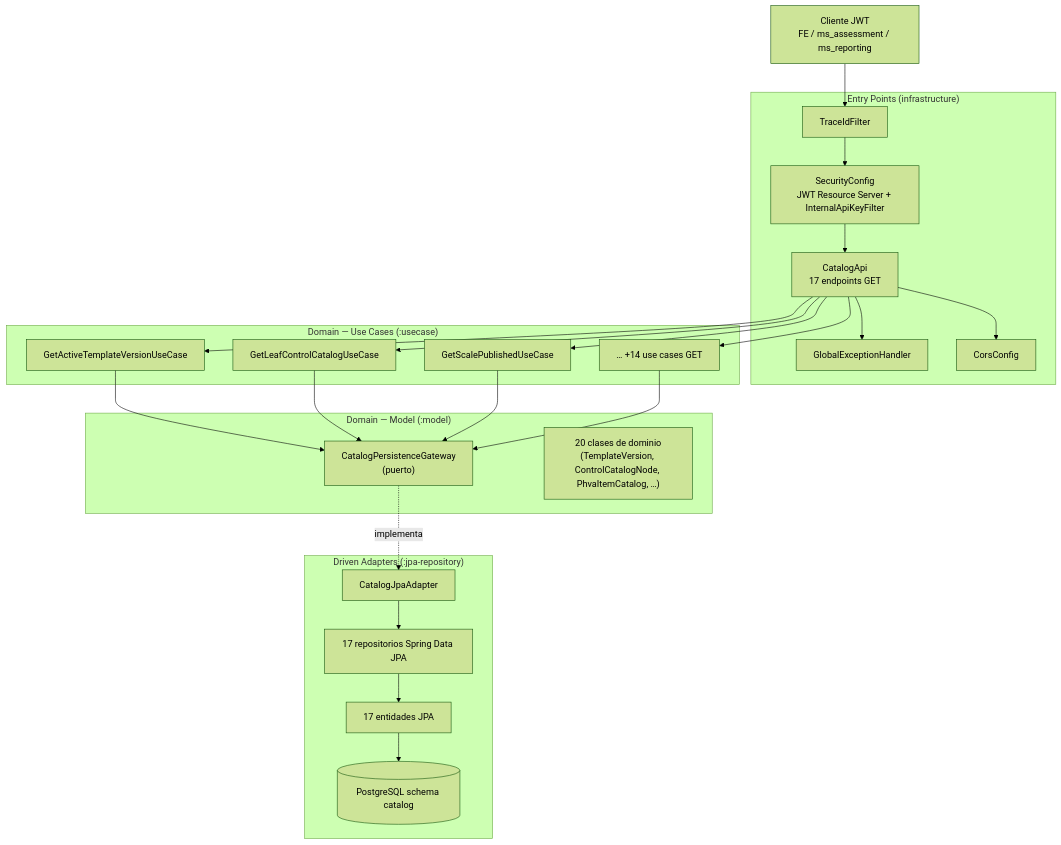
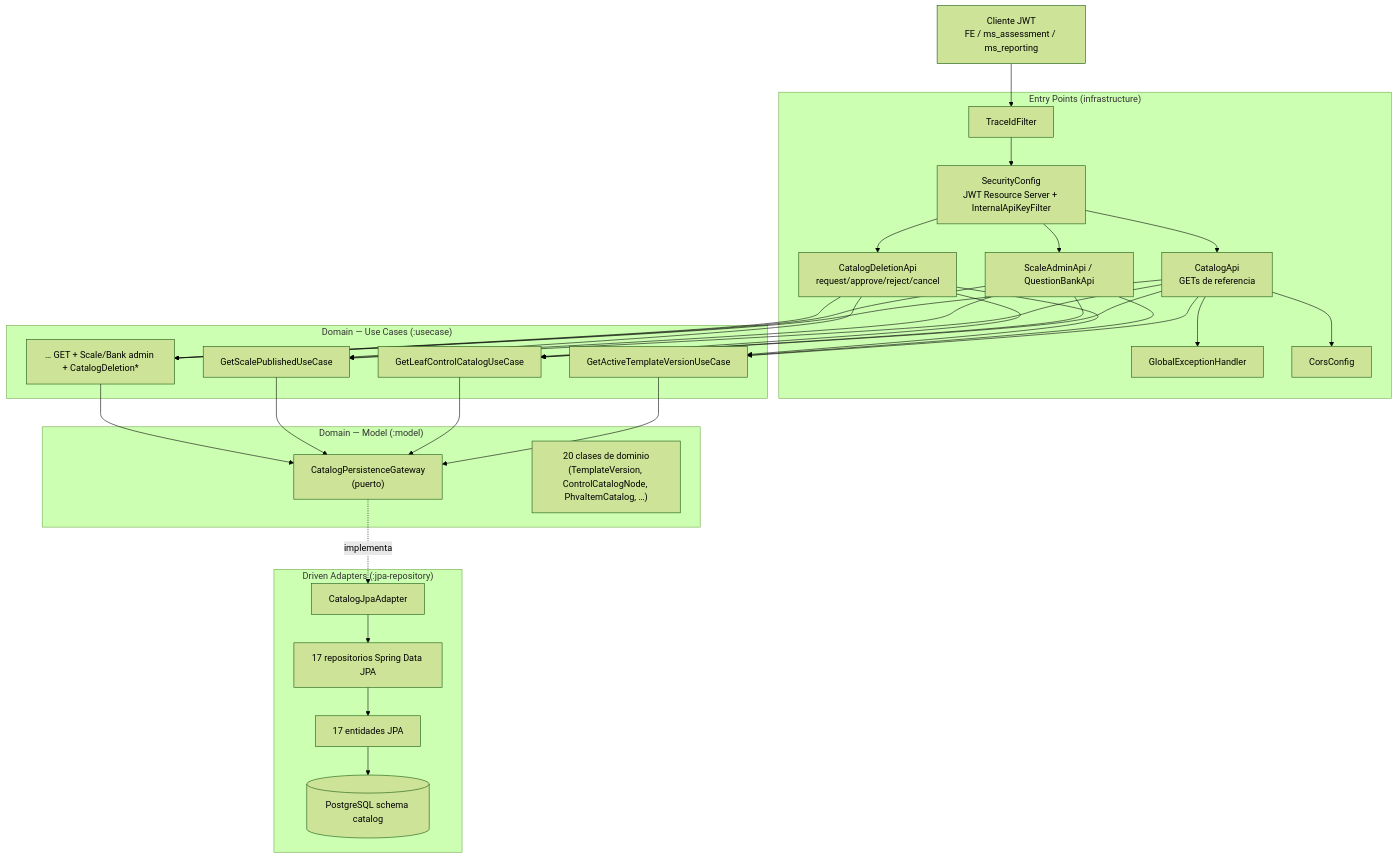
The first of 3 diagrams in Documentacion-Backend/ms_catalog/03-Diseno.md (jdtovar07/MSPI_NVA_CO_DOCS), drawn with Mermaid (forest theme) before and after one commit. The commit also changed other lines of this file and 8 other files, not shown here.

First line of the commit message:
docs: document MSPI entity types and catalog soft-delete flow

````diff
--- a/Documentacion-Backend/ms_catalog/03-Diseno.md
+++ b/Documentacion-Backend/ms_catalog/03-Diseno.md
@@ -15,37 +15,39 @@
 ```mermaid
 flowchart TB
   subgraph EP["Entry Points (infrastructure)"]
-    CatalogApi["CatalogApi<br/>17 endpoints GET"]
+    CatalogApi["CatalogApi<br/>GETs de referencia"]
+    ScaleAdmin["ScaleAdminApi / QuestionBankApi"]
+    CatDel["CatalogDeletionApi<br/>request/approve/reject/cancel"]
     GEH["GlobalExceptionHandler"]
     Security["SecurityConfig<br/>JWT Resource Server + InternalApiKeyFilter"]
     TraceF["TraceIdFilter"]
     CorsF["CorsConfig"]
   end
 
   subgraph UC["Domain — Use Cases (:usecase)"]
     UC1["GetActiveTemplateVersionUseCase"]
     UC2["GetLeafControlCatalogUseCase"]
     UC3["GetScalePublishedUseCase"]
-    UCN["… +14 use cases GET"]
+    UCN["… GET + Scale/Bank admin + CatalogDeletion*"]
   end
 
   subgraph DM["Domain — Model (:model)"]
     GW["CatalogPersistenceGateway<br/>(puerto)"]
     VO["20 clases de dominio<br/>(TemplateVersion, ControlCatalogNode, PhvaItemCatalog, …)"]
   end
 
   subgraph DA["Driven Adapters (:jpa-repository)"]
     JPA["CatalogJpaAdapter"]
     REPO["17 repositorios Spring Data JPA"]
     ENT["17 entidades JPA"]
     DB[(PostgreSQL schema catalog)]
   end
 
-  Client["Cliente JWT<br/>FE / ms_assessment / ms_reporting"] --> TraceF --> Security --> CatalogApi
-  CatalogApi --> UC1 & UC2 & UC3 & UCN
+  Client["Cliente JWT<br/>FE / ms_assessment / ms_reporting"] --> TraceF --> Security --> CatalogApi & ScaleAdmin & CatDel
+  CatalogApi & ScaleAdmin & CatDel --> UC1 & UC2 & UC3 & UCN
   UC1 & UC2 & UC3 & UCN --> GW
   GW -.implementa.-> JPA
   JPA --> REPO --> ENT --> DB
   CatalogApi --> GEH
   CatalogApi --> CorsF
 ```
````
